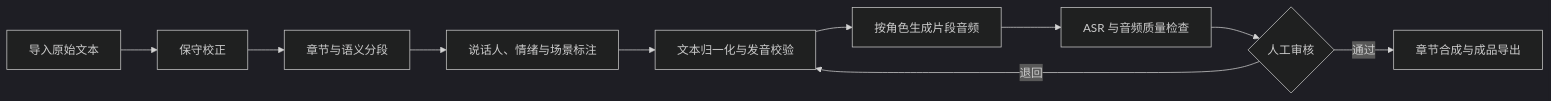
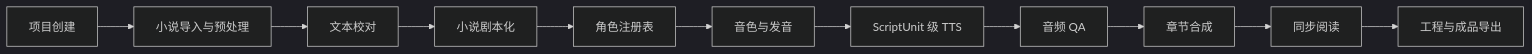
Before and after one commit to ljwzz/VoxWeaver: the diagram in README.md, drawn with Mermaid (dark theme). The commit also changed other lines of this file and 23 other files, not shown here.

````diff
--- a/README.md
+++ b/README.md
@@ -26,12 +26,13 @@
 ```mermaid
 flowchart LR
-    A["导入原始文本"] --> B["保守校正"]
-    B --> C["章节与语义分段"]
-    C --> D["说话人、情绪与场景标注"]
-    D --> E["文本归一化与发音校验"]
-    E --> F["按角色生成片段音频"]
-    F --> G["ASR 与音频质量检查"]
-    G --> H{"人工审核"}
-    H -->|"退回"| E
-    H -->|"通过"| I["章节合成与成品导出"]
+    A["项目创建"] --> B["小说导入与预处理"]
+    B --> C["文本校对"]
+    C --> D["小说剧本化"]
+    D --> E["角色注册表"]
+    E --> F["音色与发音"]
+    F --> G["ScriptUnit 级 TTS"]
+    G --> H["音频 QA"]
+    H --> I["章节合成"]
+    I --> J["同步阅读"]
+    J --> K["工程与成品导出"]
 ```
````
